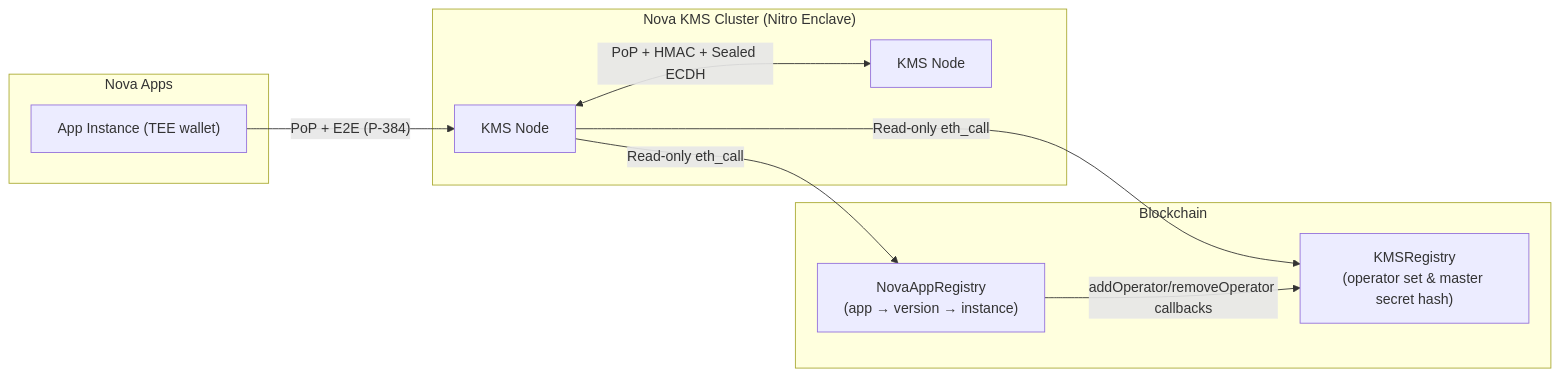
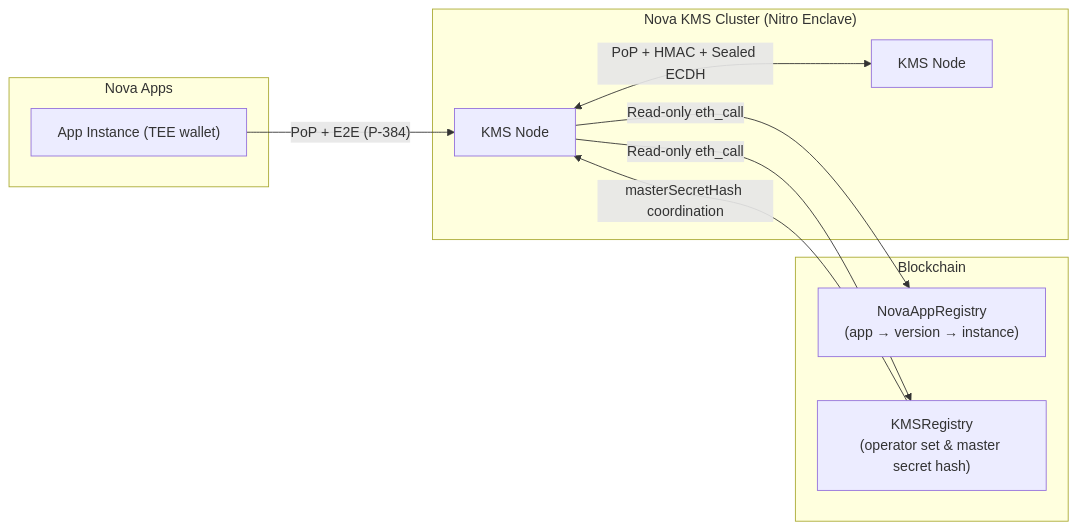
One commit to sparsity-xyz/nova-kms changed the diagram in README.md. Above: the diagram before and after it, drawn with Mermaid. The commit also changed other lines of this file and 12 other files, not shown here.

````diff
--- a/README.md
+++ b/README.md
@@ -46,22 +49,22 @@
 ```mermaid
 graph LR
   subgraph Apps["Nova Apps"]
     A1["App Instance (TEE wallet)"]
   end
 
   subgraph KMS["Nova KMS Cluster (Nitro Enclave)"]
     N1["KMS Node"]
     N2["KMS Node"]
   end
 
   subgraph Chain["Blockchain"]
     R["NovaAppRegistry\n(app → version → instance)"]
     K["KMSRegistry\n(operator set & master secret hash)"]
   end
 
   A1 -->|"PoP + E2E (P-384)"| N1
   N1 <-->|"PoP + HMAC + Sealed ECDH"| N2
   N1 -->|"Read-only eth_call"| R
   N1 -->|"Read-only eth_call"| K
-  R -->|"addOperator/removeOperator callbacks"| K
+  K -->|"masterSecretHash coordination"| N1
 ```
````
